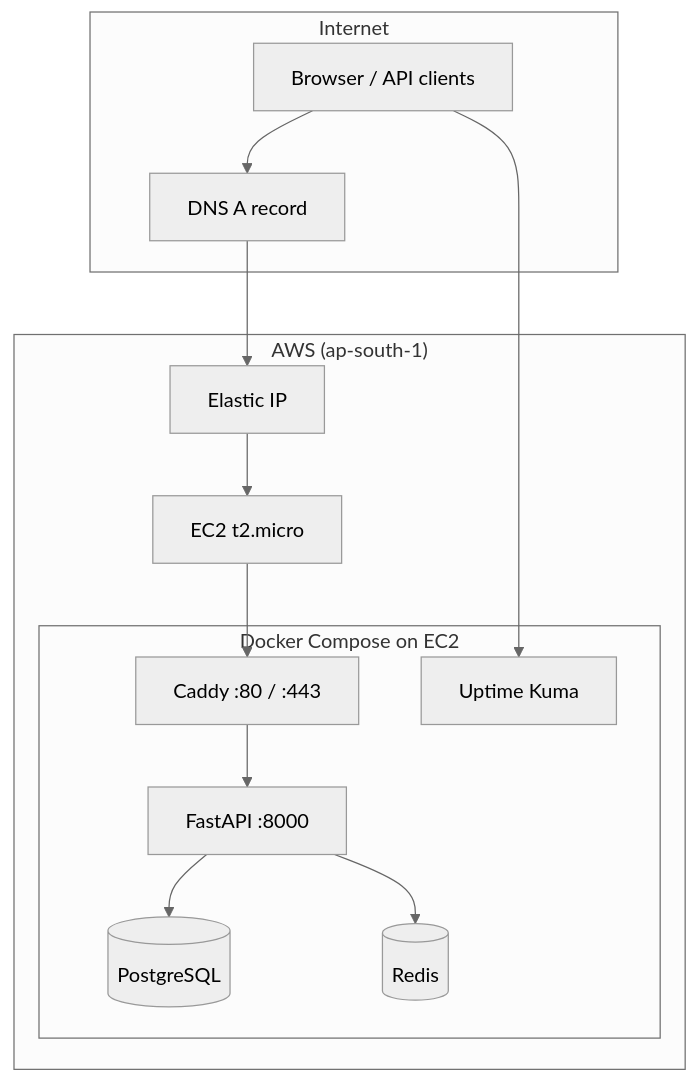
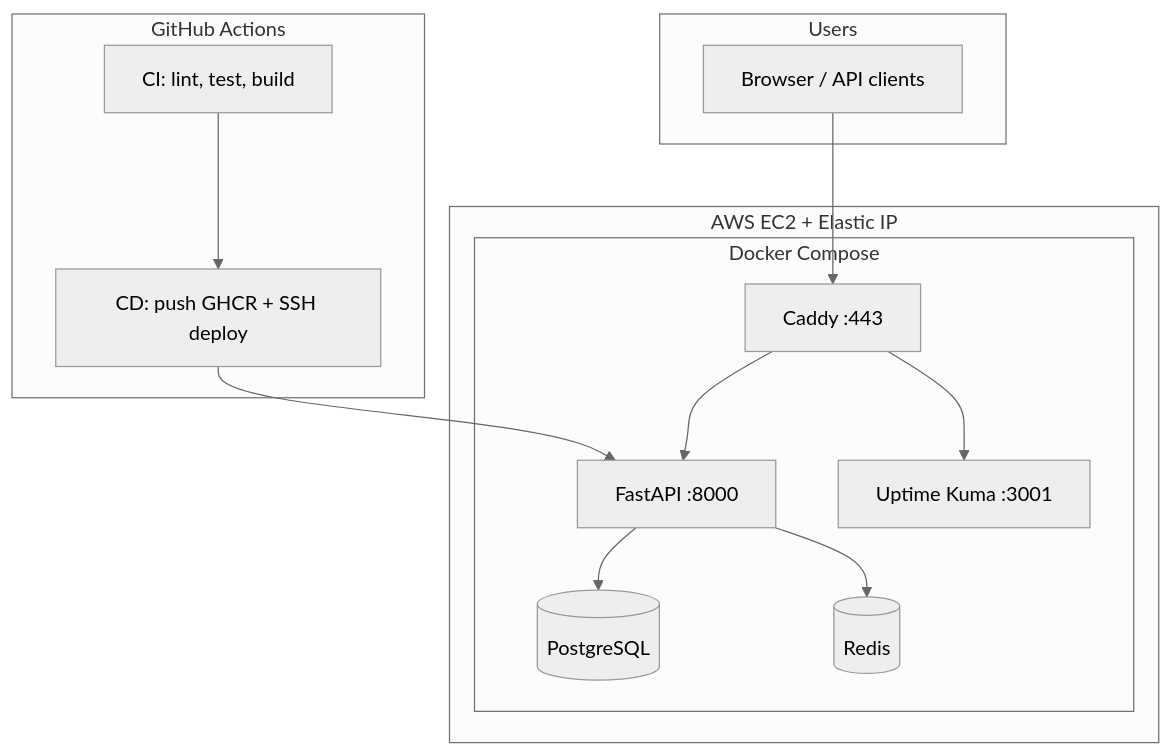
The diagram in README.md (Akash9773312/statuspulse), drawn with Mermaid (neutral theme) before and after one commit. The commit also changed other lines of this file and 23 other files, not shown here.

````diff
--- a/README.md
+++ b/README.md
@@ -16,26 +17,29 @@
 ```mermaid
 flowchart TB
-    subgraph Internet
-        User[Browser / API clients]
-        DNS[DNS A record]
+    subgraph Users
+        Browser[Browser / API clients]
     end
 
-    subgraph AWS["AWS (ap-south-1)"]
-        EIP[Elastic IP]
-        EC2[EC2 t2.micro]
-        subgraph Docker["Docker Compose on EC2"]
-            Caddy[Caddy :80 / :443]
+    subgraph AWS["AWS EC2 + Elastic IP"]
+        subgraph Docker["Docker Compose"]
+            Caddy[Caddy :443]
             App[FastAPI :8000]
             PG[(PostgreSQL)]
             Redis[(Redis)]
-            UK[Uptime Kuma]
+            UK[Uptime Kuma :3001]
         end
     end
 
-    User --> DNS --> EIP --> EC2
-    EC2 --> Caddy
+    subgraph CICD["GitHub Actions"]
+        CI[CI: lint, test, build]
+        CD[CD: push GHCR + SSH deploy]
+    end
+
+    Browser --> Caddy
     Caddy --> App
+    Caddy --> UK
     App --> PG
     App --> Redis
-    User --> UK
+    CI --> CD
+    CD --> App
 ```
````
